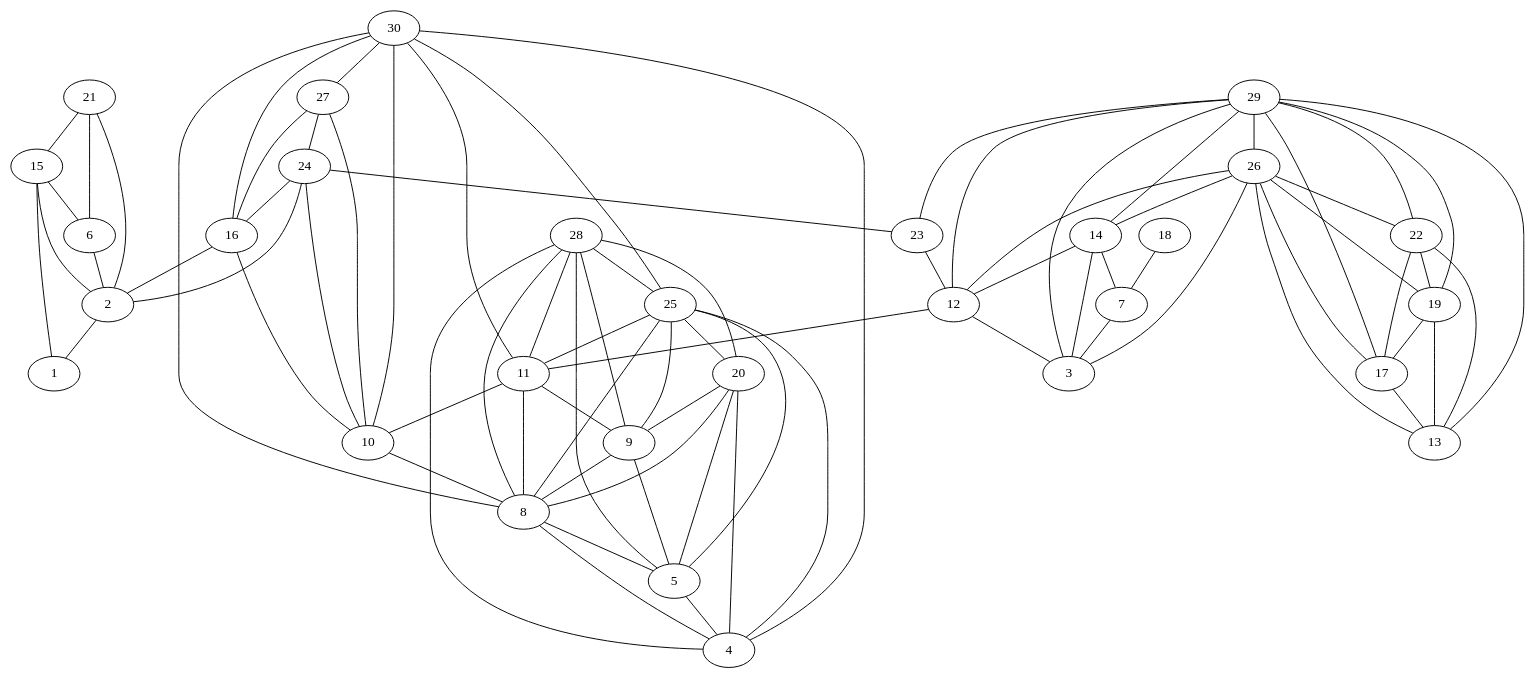
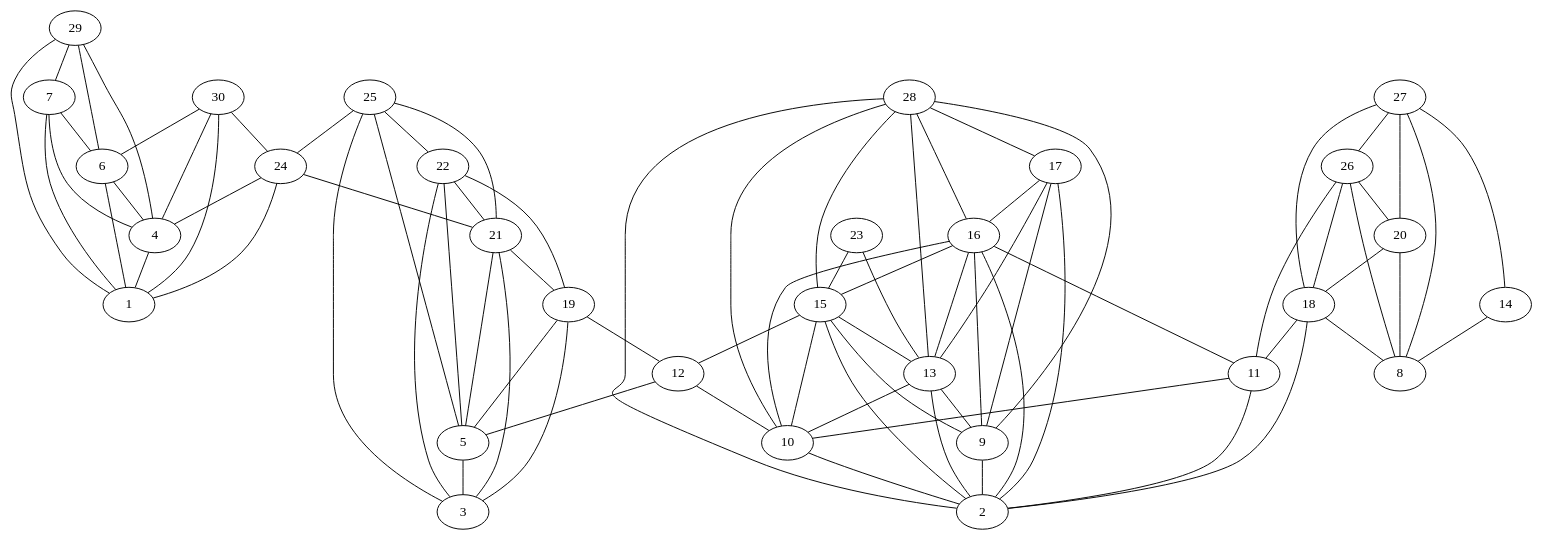
Before and after one commit to JulRivera0/AyD-Algoritmos: the diagram in P1 Biblioteca Grafos/Archivos Viz/Grafo30Geografico.gv, drawn with Graphviz. The commit also changed 47 other files, not shown here.

```diff
--- a/P1 Biblioteca Grafos/Archivos Viz/Grafo30Geografico.gv
+++ b/P1 Biblioteca Grafos/Archivos Viz/Grafo30Geografico.gv
@@ -1,82 +1,83 @@
 graph {
-2--1
-5--4
-6--2
-7--3
-8--4
-8--5
-9--5
-9--8
-10--8
-11--8
-11--9
+4--1
+5--3
+6--1
+6--4
+7--1
+7--4
+7--6
+9--2
+10--2
+11--2
 11--10
-12--3
-12--11
-14--3
-14--7
-14--12
-15--1
+12--5
+12--10
+13--2
+13--9
+13--10
+14--8
 15--2
-15--6
+15--9
+15--10
+15--12
+15--13
 16--2
+16--9
 16--10
+16--11
+16--13
+16--15
+17--2
+17--9
 17--13
-18--7
-19--13
-19--17
-20--4
-20--5
+17--16
+18--2
+18--8
+18--11
+19--3
+19--5
+19--12
 20--8
-20--9
-21--2
-21--6
-21--15
-22--13
-22--17
+20--18
+21--3
+21--5
+21--19
+22--3
+22--5
 22--19
-23--12
-24--2
-24--10
-24--16
-24--23
-25--4
+22--21
+23--13
+23--15
+24--1
+24--4
+24--21
+25--3
 25--5
-25--8
-25--9
-25--11
-25--20
-26--3
-26--12
-26--13
-26--14
-26--17
-26--19
-26--22
-27--10
-27--16
-27--24
-28--4
-28--5
-28--8
+25--21
+25--22
+25--24
+26--8
+26--11
+26--18
+26--20
+27--8
+27--14
+27--18
+27--20
+27--26
+28--2
 28--9
-28--11
-28--20
-28--25
-29--3
-29--12
-29--13
-29--14
-29--17
-29--19
-29--22
-29--23
-29--26
+28--10
+28--13
+28--15
+28--16
+28--17
+29--1
+29--4
+29--6
+29--7
+30--1
 30--4
-30--8
-30--10
-30--11
-30--16
-30--25
-30--27
+30--6
+30--24
 }
```
